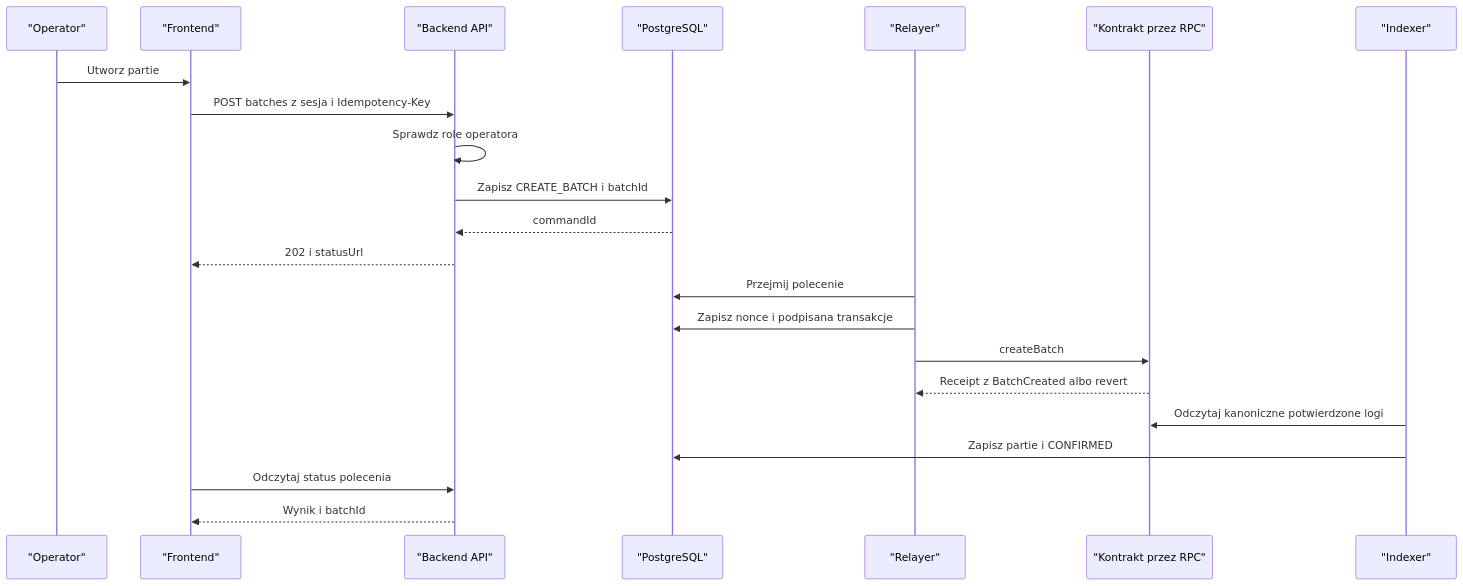
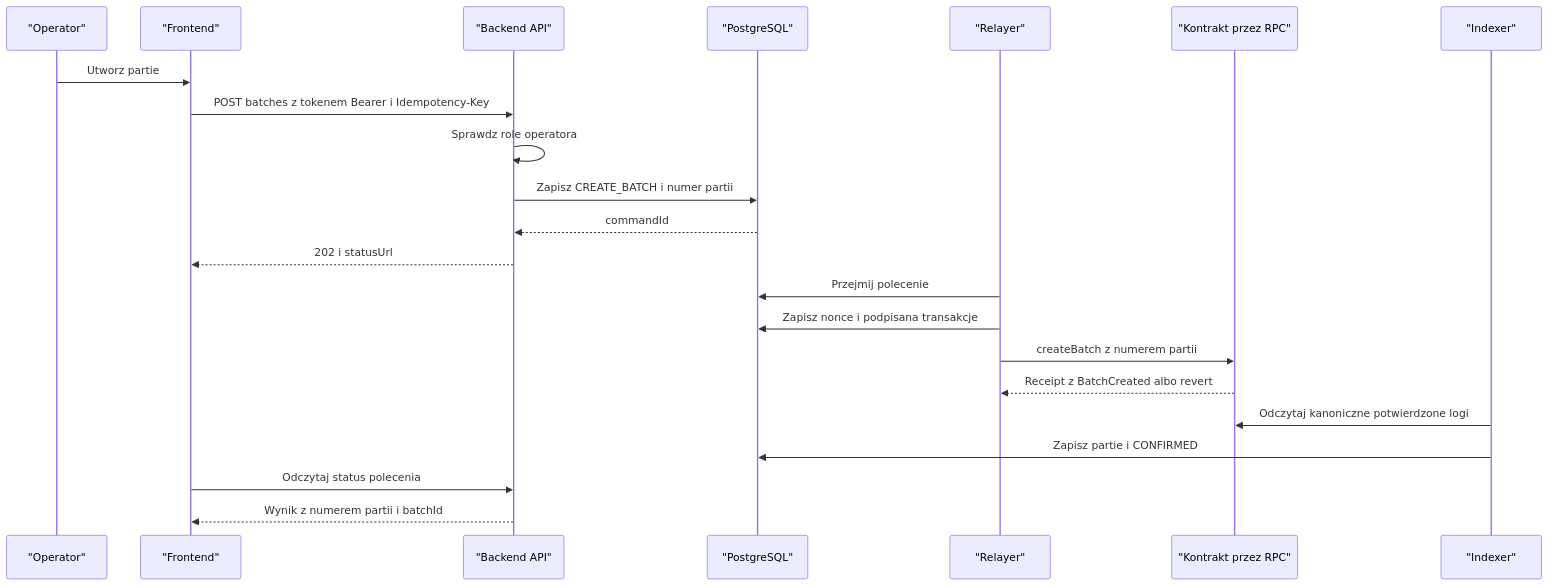
The first of 4 diagrams in docs/flows.md (nimek06/PZ_supply_blockchain), drawn with Mermaid before and after one commit. The commit also changed other lines of this file and 64 other files, not shown here.

````diff
--- a/docs/flows.md
+++ b/docs/flows.md
@@ -38,24 +38,24 @@
 ```mermaid
 sequenceDiagram
     participant UserCreate as "Operator"
     participant UiCreate as "Frontend"
     participant ApiCreate as "Backend API"
     participant DbCreate as "PostgreSQL"
     participant WorkerCreate as "Relayer"
     participant ChainCreate as "Kontrakt przez RPC"
     participant IndexCreate as "Indexer"
     UserCreate->>UiCreate: Utworz partie
-    UiCreate->>ApiCreate: POST batches z sesja i Idempotency-Key
+    UiCreate->>ApiCreate: POST batches z tokenem Bearer i Idempotency-Key
     ApiCreate->>ApiCreate: Sprawdz role operatora
-    ApiCreate->>DbCreate: Zapisz CREATE_BATCH i batchId
+    ApiCreate->>DbCreate: Zapisz CREATE_BATCH i numer partii
     DbCreate-->>ApiCreate: commandId
     ApiCreate-->>UiCreate: 202 i statusUrl
     WorkerCreate->>DbCreate: Przejmij polecenie
     WorkerCreate->>DbCreate: Zapisz nonce i podpisana transakcje
-    WorkerCreate->>ChainCreate: createBatch
+    WorkerCreate->>ChainCreate: createBatch z numerem partii
     ChainCreate-->>WorkerCreate: Receipt z BatchCreated albo revert
     IndexCreate->>ChainCreate: Odczytaj kanoniczne potwierdzone logi
     IndexCreate->>DbCreate: Zapisz partie i CONFIRMED
     UiCreate->>ApiCreate: Odczytaj status polecenia
-    ApiCreate-->>UiCreate: Wynik i batchId
+    ApiCreate-->>UiCreate: Wynik z numerem partii i batchId
 ```
````
